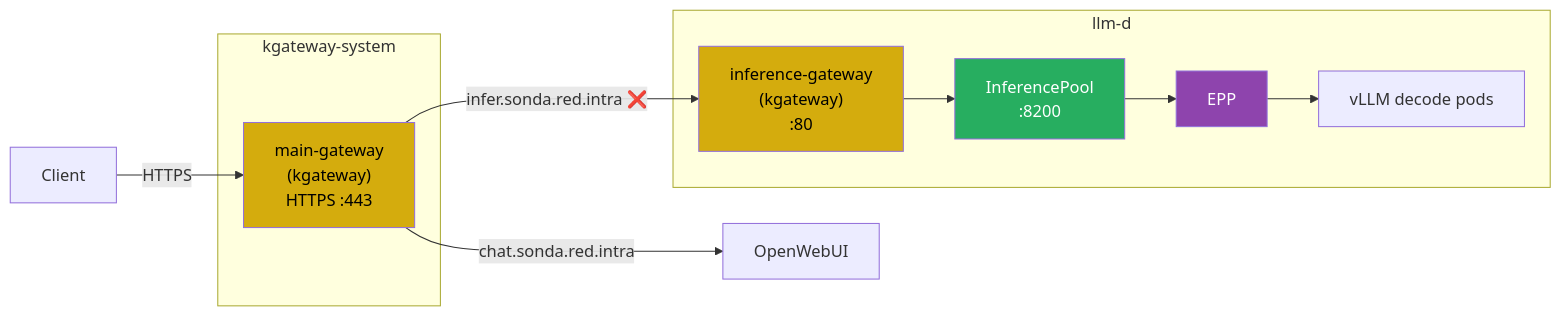
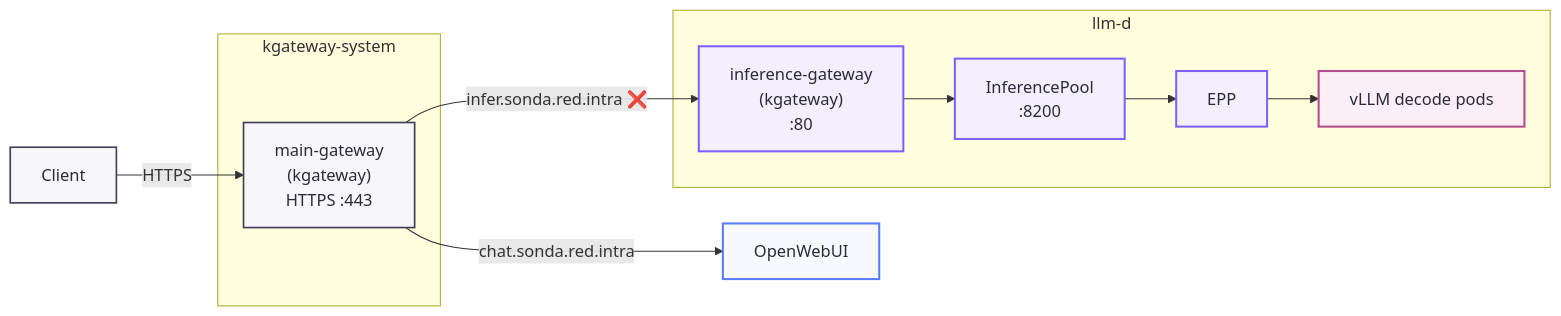
The second of 3 diagrams in content/posts/07-intel-homelab-5.md (sonda-red/blog), drawn with Mermaid before and after one commit. The commit also changed other lines of this file, not shown here.

Commit message:
fix: enhance mermaid diagram styles for better clarity and visual distinction in blog post on LLM routing and migration

```diff
--- a/content/posts/07-intel-homelab-5.md
+++ b/content/posts/07-intel-homelab-5.md
@@ -240,29 +250,37 @@
 {{< mermaid >}}
 flowchart LR
+
+    classDef node fill:#f7f7fb,stroke:#3f3f58,color:#2b2b35,stroke-width:1.6px
+    classDef blue fill:#f7f9ff,stroke:#5b7cfa,color:#2b2b35,stroke-width:2px
+    classDef orange fill:#fff8ef,stroke:#c98717,color:#2b2b35,stroke-width:2px
+    classDef purple fill:#f4efff,stroke:#7b61ff,color:#2b2b35,stroke-width:2px
+    classDef pink fill:#faeff7,stroke:#b44b8a,color:#2b2b35,stroke-width:2px
+    classDef note fill:#ececf2,stroke:#c8cad6,color:#44475a,stroke-width:1.2px
+
     client["Client"]
 
     subgraph kgw["kgateway-system"]
         gw["main-gateway\n(kgateway)\nHTTPS :443"]
     end
 
     subgraph llmd["llm-d"]
         int_gw["inference-gateway\n(kgateway)\n:80"]
         pool["InferencePool\n:8200"]
         epp["EPP"]
         vllm["vLLM decode pods"]
     end
 
     owui["OpenWebUI"]
 
     client -->|HTTPS| gw
     gw -->|"chat.sonda.red.intra"| owui
     gw -->|"infer.sonda.red.intra ❌"| int_gw
     int_gw --> pool
     pool --> epp
     epp --> vllm
 
-    style gw fill:#d4ac0d,color:#000
-    style int_gw fill:#d4ac0d,color:#000
-    style pool fill:#27ae60,color:#fff
-    style epp fill:#8e44ad,color:#fff
+    class client,gw node
+    class owui blue
+    class int_gw,pool,epp purple
+    class vllm pink
 {{< /mermaid >}}
```
